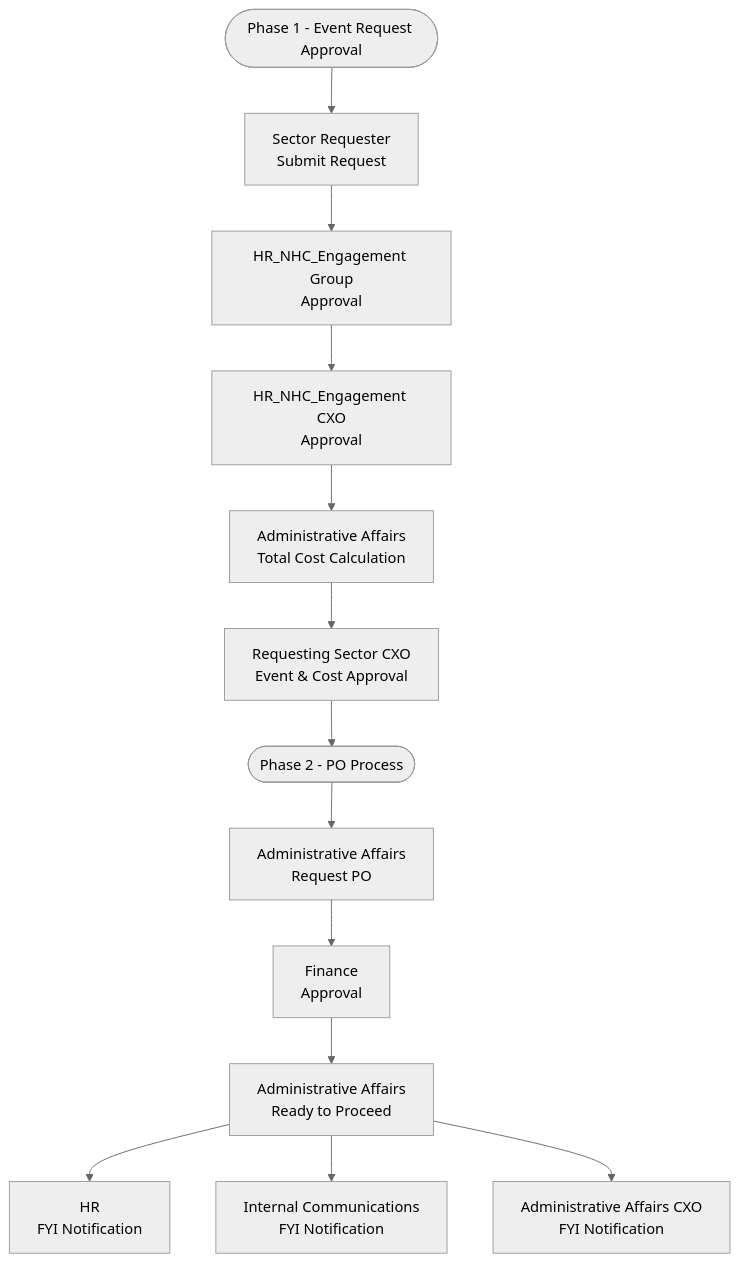
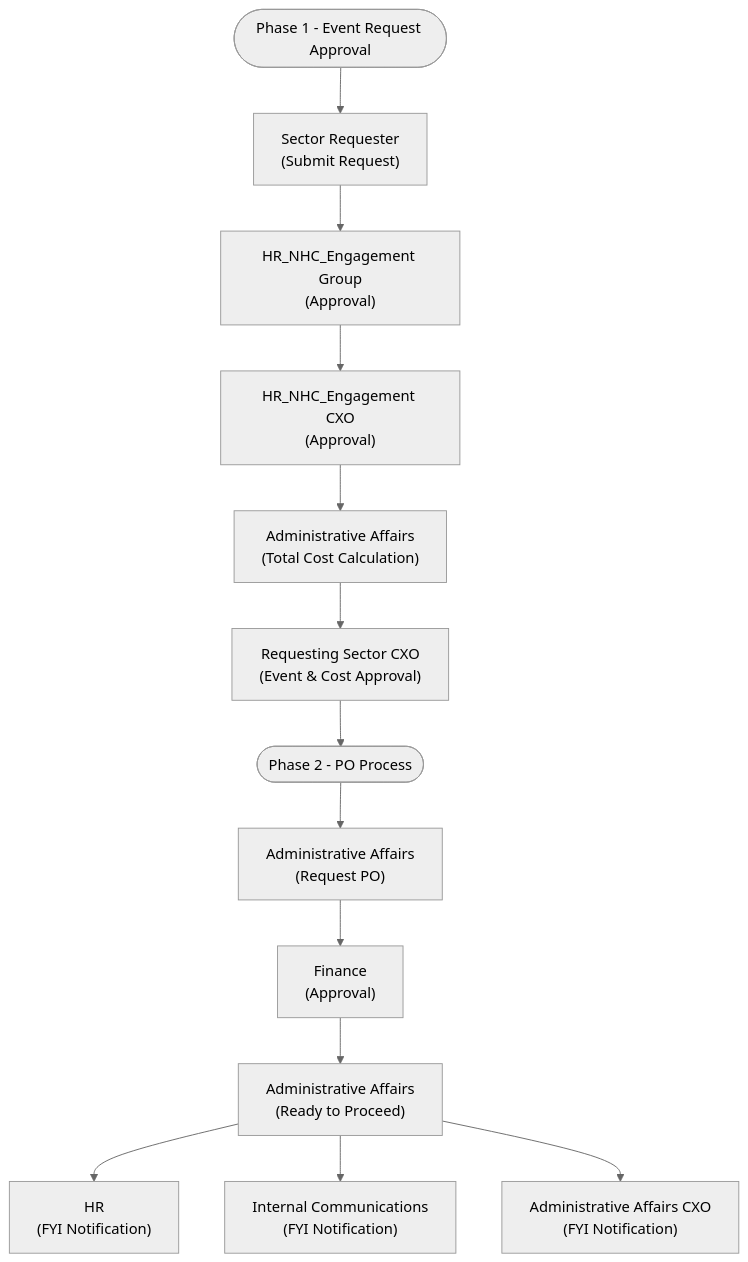
Before and after one commit to xfoxxe/dd: the diagram in README.md, drawn with Mermaid (neutral theme).

Commit message:
Refine flowchart labels in README
Updated flowchart labels to include parentheses for clarity.

````diff
--- a/README.md
+++ b/README.md
@@ -1,25 +1,25 @@
 ```mermaid
 flowchart TD
 
     X(["Phase 1 - Event Request Approval"])
 
-    A1["Sector Requester<br>Submit Request"] --> B1["HR_NHC_Engagement Group<br>Approval"]
-    B1 --> C1["HR_NHC_Engagement CXO<br>Approval"]
-    C1 --> D1["Administrative Affairs<br>Total Cost Calculation"]
-    D1 --> E1["Requesting Sector CXO<br>Event & Cost Approval"]
+    A1["Sector Requester<br>(Submit Request)"] --> B1["HR_NHC_Engagement Group<br>(Approval)"]
+    B1 --> C1["HR_NHC_Engagement CXO<br>(Approval)"]
+    C1 --> D1["Administrative Affairs<br>(Total Cost Calculation)"]
+    D1 --> E1["Requesting Sector CXO<br>(Event & Cost Approval)"]
 
     X --> A1
 
     Y(["Phase 2 - PO Process"])
 
     E1 --> Y
 
 
-    A2["Administrative Affairs<br>Request PO"] --> B2["Finance<br>Approval"]
-    B2 --> C2["Administrative Affairs<br>Ready to Proceed"]
-    C2 --> D2["HR<br>FYI Notification"]
-    C2 --> E2["Internal Communications<br>FYI Notification"]
-    C2 --> F2["Administrative Affairs CXO<br>FYI Notification"]
+    A2["Administrative Affairs<br>(Request PO)"] --> B2["Finance<br>(Approval)"]
+    B2 --> C2["Administrative Affairs<br>(Ready to Proceed)"]
+    C2 --> D2["HR<br>(FYI Notification)"]
+    C2 --> E2["Internal Communications<br>(FYI Notification)"]
+    C2 --> F2["Administrative Affairs CXO<br>(FYI Notification)"]
 
     Y --> A2
 ```
````
